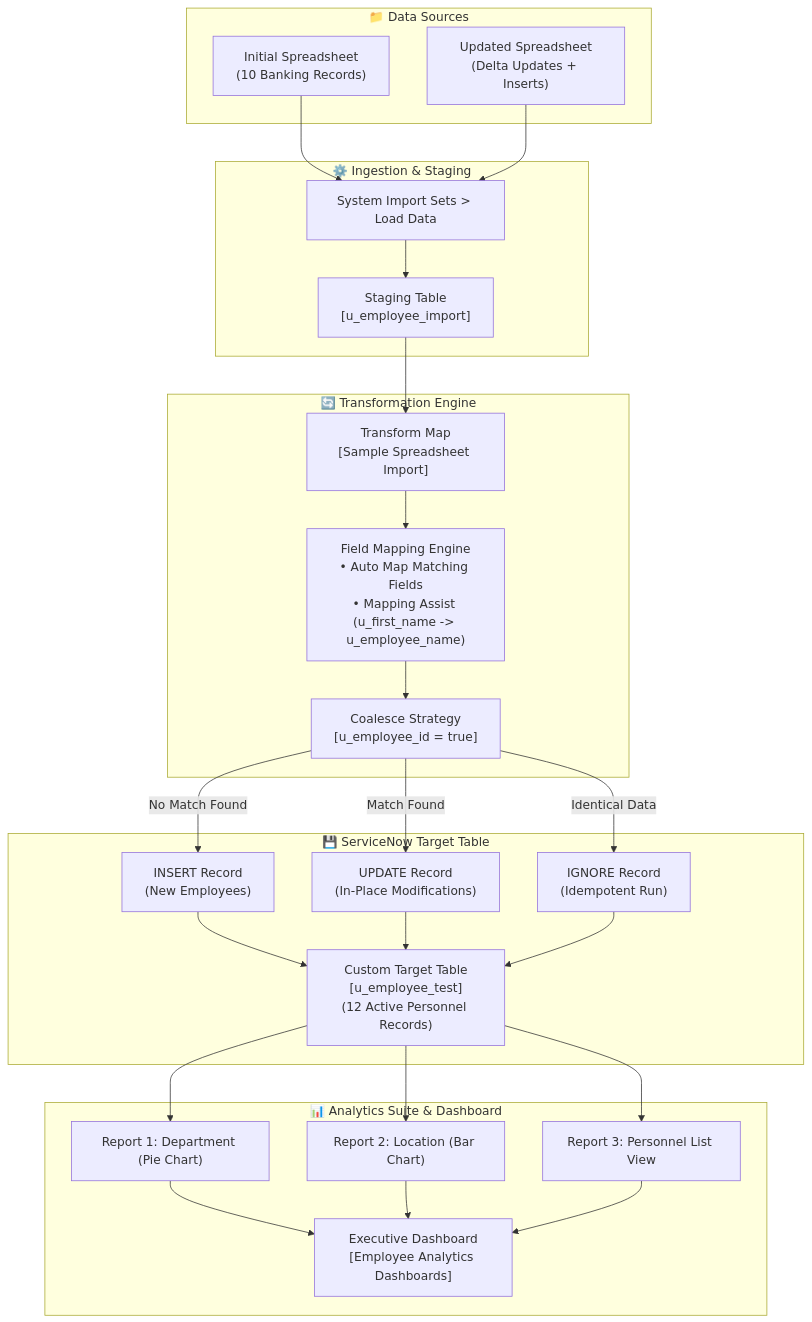
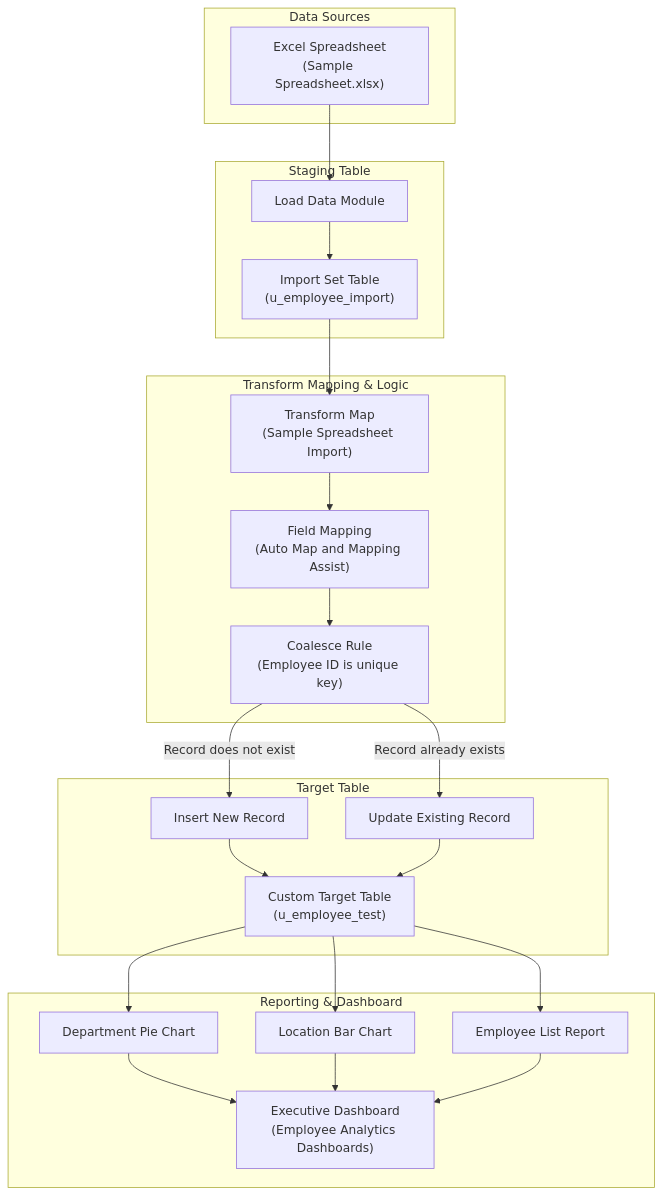
Before and after one commit to mathesh-gdev/import-data-using-transform-maps-spreadsheet: the diagram in README.md, drawn with Mermaid. The commit also changed other lines of this file, not shown here.

````diff
--- a/README.md
+++ b/README.md
@@ -39,47 +40,43 @@
 ```mermaid
 flowchart TD
-    subgraph Data Sources ["📁 Data Sources"]
-        DS1["Initial Spreadsheet<br/>(10 Banking Records)"]
-        DS2["Updated Spreadsheet<br/>(Delta Updates + Inserts)"]
+    subgraph Step 1 ["Data Sources"]
+        A["Excel Spreadsheet<br/>(Sample Spreadsheet.xlsx)"]
     end
 
-    subgraph Staging ["⚙️ Ingestion & Staging"]
-        IS["System Import Sets > Load Data"]
-        ST["Staging Table<br/>[u_employee_import]"]
-        DS1 --> IS
-        DS2 --> IS
-        IS --> ST
+    subgraph Step 2 ["Staging Table"]
+        B["Load Data Module"]
+        C["Import Set Table<br/>(u_employee_import)"]
+        A --> B
+        B --> C
     end
 
-    subgraph Transformation ["🔄 Transformation Engine"]
-        TM["Transform Map<br/>[Sample Spreadsheet Import]"]
-        MAP["Field Mapping Engine<br/>• Auto Map Matching Fields<br/>• Mapping Assist (u_first_name -> u_employee_name)"]
-        COAL["Coalesce Strategy<br/>[u_employee_id = true]"]
-        ST --> TM
-        TM --> MAP
-        MAP --> COAL
+    subgraph Step 3 ["Transform Mapping & Logic"]
+        D["Transform Map<br/>(Sample Spreadsheet Import)"]
+        E["Field Mapping<br/>(Auto Map and Mapping Assist)"]
+        F["Coalesce Rule<br/>(Employee ID is unique key)"]
+        C --> D
+        D --> E
+        E --> F
     end
 
-    subgraph Production ["💾 ServiceNow Target Table"]
-        TT["Custom Target Table<br/>[u_employee_test]<br/>(12 Active Personnel Records)"]
-        COAL -->|No Match Found| INS["INSERT Record<br/>(New Employees)"]
-        COAL -->|Match Found| UPD["UPDATE Record<br/>(In-Place Modifications)"]
-        COAL -->|Identical Data| IGN["IGNORE Record<br/>(Idempotent Run)"]
-        INS --> TT
-        UPD --> TT
-        IGN --> TT
+    subgraph Step 4 ["Target Table"]
+        G["Custom Target Table<br/>(u_employee_test)"]
+        F -->|Record does not exist| H["Insert New Record"]
+        F -->|Record already exists| I["Update Existing Record"]
+        H --> G
+        I --> G
     end
 
-    subgraph Analytics ["📊 Analytics Suite & Dashboard"]
-        R1["Report 1: Department (Pie Chart)"]
-        R2["Report 2: Location (Bar Chart)"]
-        R3["Report 3: Personnel List View"]
-        DASH["Executive Dashboard<br/>[Employee Analytics Dashboards]"]
-        TT --> R1
-        TT --> R2
-        TT --> R3
-        R1 --> DASH
-        R2 --> DASH
-        R3 --> DASH
+    subgraph Step 5 ["Reporting & Dashboard"]
+        J["Department Pie Chart"]
+        K["Location Bar Chart"]
+        L["Employee List Report"]
+        M["Executive Dashboard<br/>(Employee Analytics Dashboards)"]
+        G --> J
+        G --> K
+        G --> L
+        J --> M
+        K --> M
+        L --> M
     end
 ```
````
